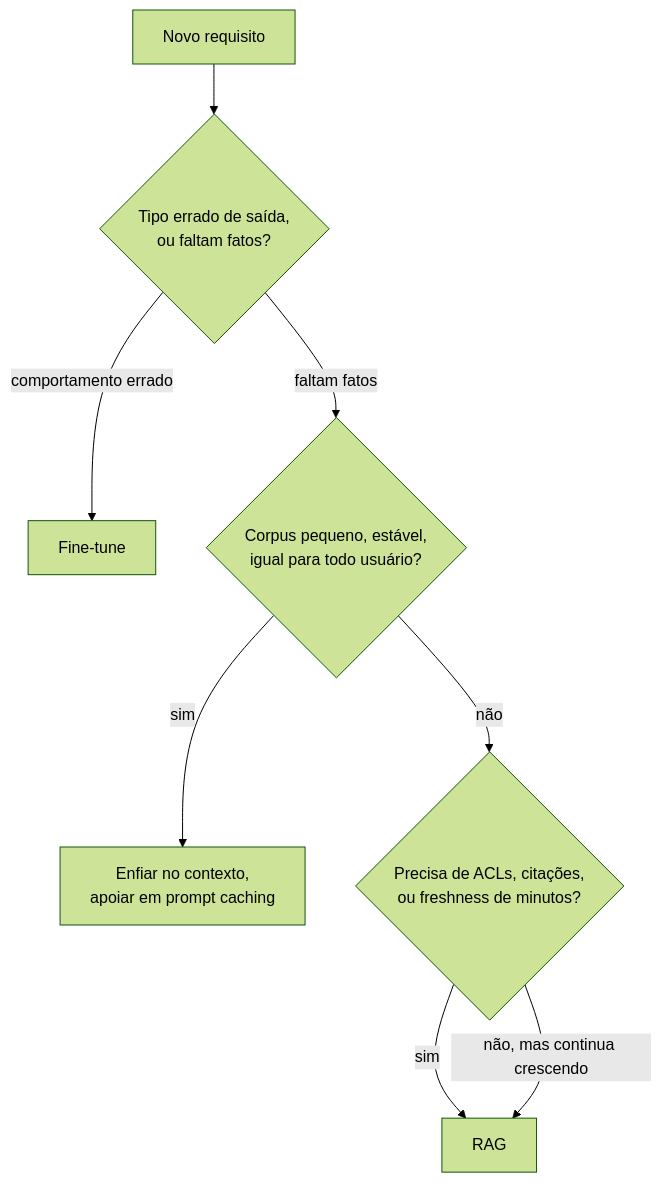
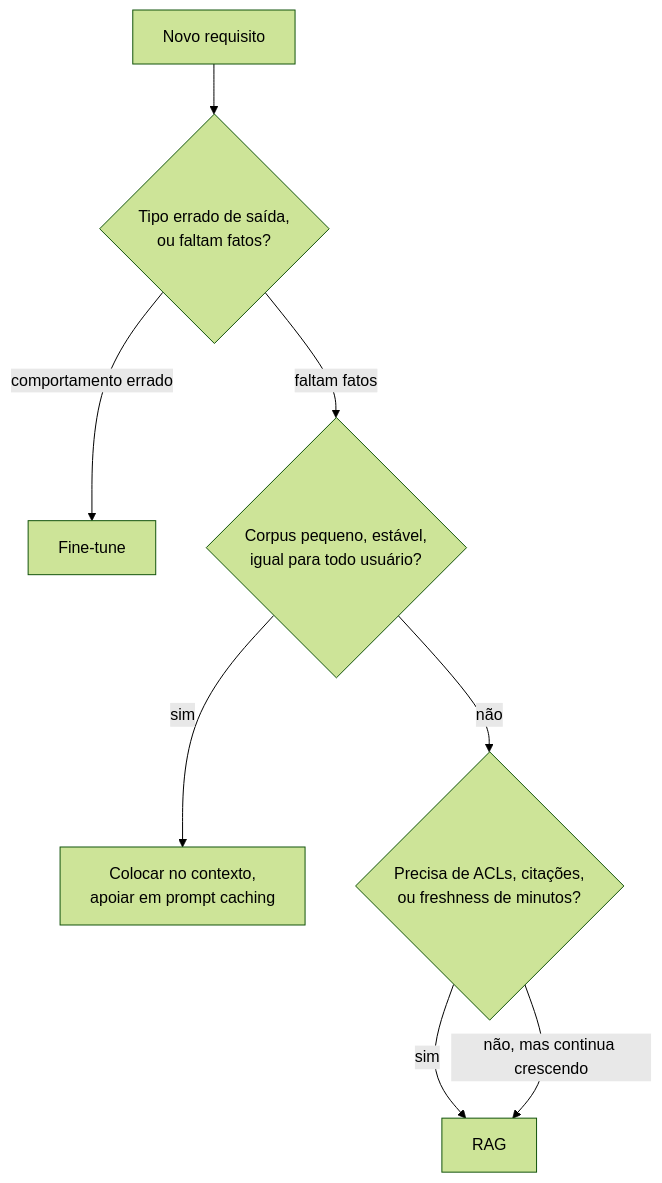
Before and after one commit to andrevberaldo/AI-Engineer-Interview-Questions: the second of 30 diagrams in 04-rag-and-retrieval/questions.pt-BR.md, drawn with Mermaid (forest theme). The commit also changed other lines of this file and 1 other file, not shown here.

````diff
--- a/04-rag-and-retrieval/questions.pt-BR.md
+++ b/04-rag-and-retrieval/questions.pt-BR.md
@@ -59,10 +59,10 @@
 ```mermaid
 flowchart TD
     Q["Novo requisito"] --> B{"Tipo errado de saída,<br/>ou faltam fatos?"}
     B -->|"comportamento errado"| F["Fine-tune"]
     B -->|"faltam fatos"| C{"Corpus pequeno, estável,<br/>igual para todo usuário?"}
-    C -->|"sim"| L["Enfiar no contexto,<br/>apoiar em prompt caching"]
+    C -->|"sim"| L["Colocar no contexto,<br/>apoiar em prompt caching"]
     C -->|"não"| R{"Precisa de ACLs, citações,<br/>ou freshness de minutos?"}
     R -->|"sim"| RG["RAG"]
     R -->|"não, mas continua crescendo"| RG
 ```
````
